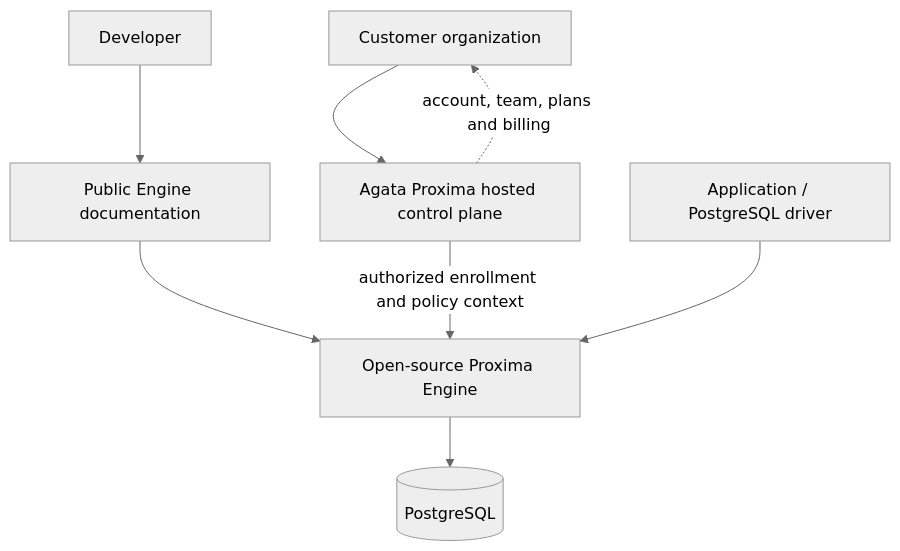
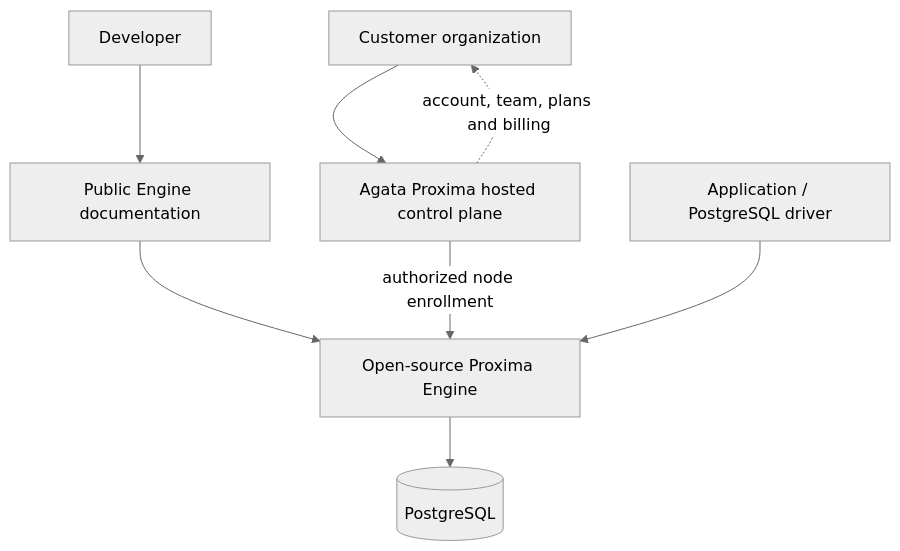
One commit to Agata-Proxima/proxima-engine changed the second of 2 diagrams in README.md. Above: the diagram before and after it, drawn with Mermaid (neutral theme). The commit also changed other lines of this file, not shown here.

````diff
--- a/README.md
+++ b/README.md
@@ -150,10 +130,10 @@
 ```mermaid
 flowchart TD
   Dev[Developer] --> Docs[Public Engine documentation]
   Docs --> Engine[Open-source Proxima Engine]
   Customer[Customer organization] --> Cloud[Agata Proxima hosted control plane]
-  Cloud -->|authorized enrollment and policy context| Engine
+  Cloud -->|authorized node enrollment| Engine
   App[Application / PostgreSQL driver] --> Engine
   Engine --> DB[(PostgreSQL)]
   Cloud -. account, team, plans and billing .-> Customer
 ```
````
